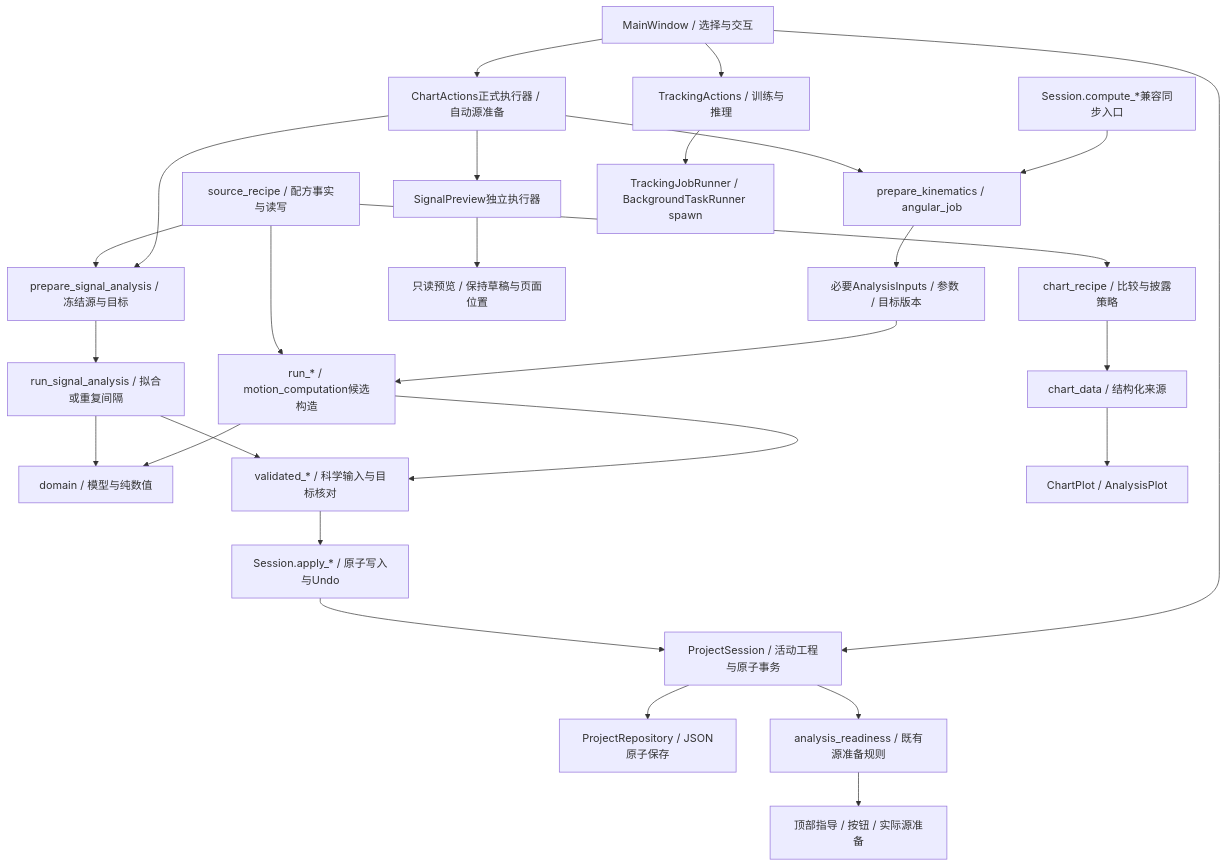
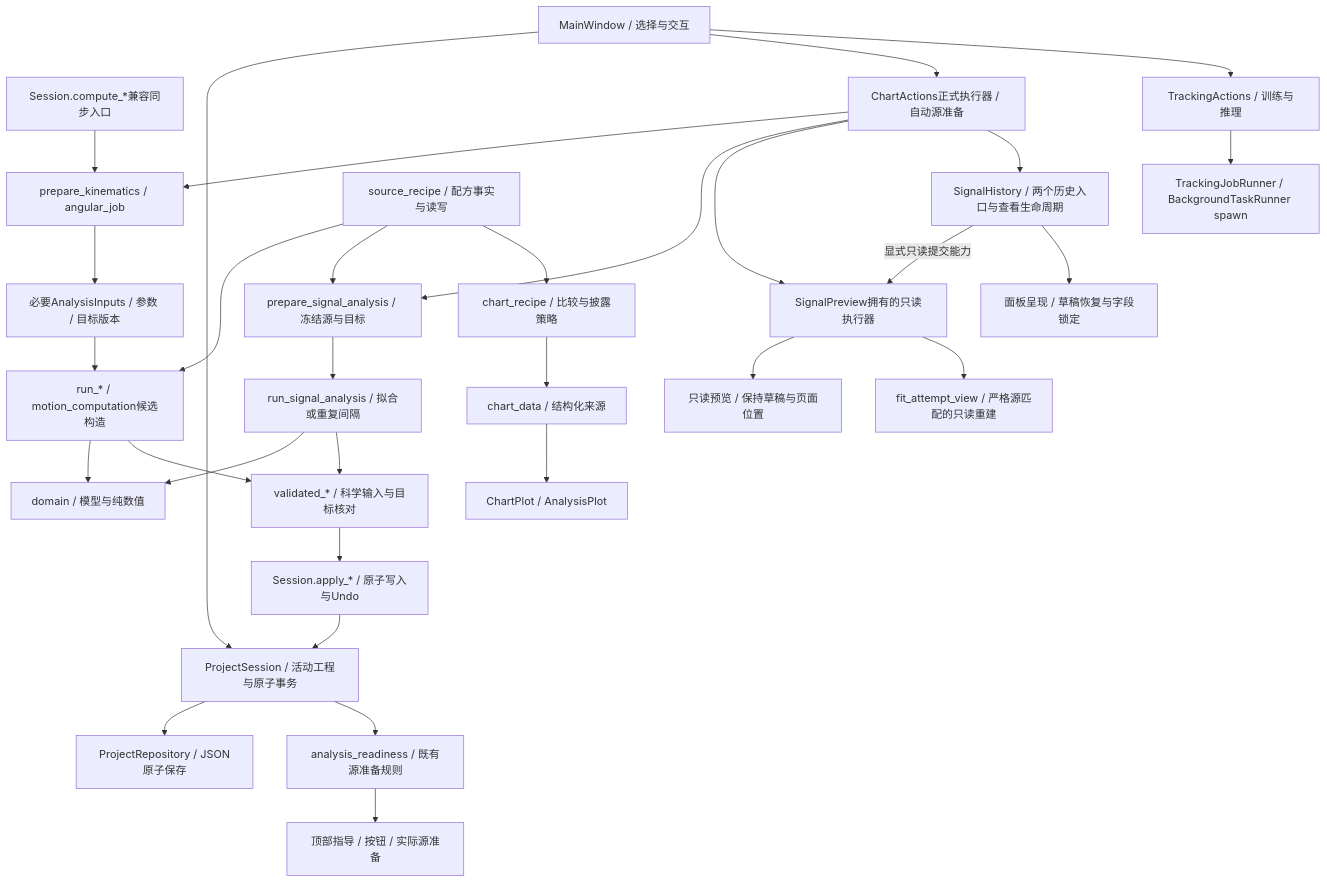
The first of 2 diagrams in docs/architecture.md (KYLeonis/ai-physics-tracker), drawn with Mermaid before and after one commit. The commit also changed other lines of this file and 8 other files, not shown here.

Commit message:
docs: close R08 and sync architecture handoff after human review

````diff
--- a/docs/architecture.md
+++ b/docs/architecture.md
@@ -9,29 +9,33 @@
 ```mermaid
 flowchart TD
     UI[MainWindow / 选择与交互] --> SESSION[ProjectSession / 活动工程与原子事务]
     SESSION --> REPO[ProjectRepository / JSON原子保存]
     SYNC[Session.compute_*兼容同步入口] --> PREP[prepare_kinematics / angular_job]
     UI --> CHART[ChartActions正式执行器 / 自动源准备]
     CHART --> PREP
     PREP --> INPUTS[必要AnalysisInputs / 参数 / 目标版本]
     INPUTS --> RUN[run_* / motion_computation候选构造]
     RUN --> DOMAIN[domain / 模型与纯数值]
     RUN --> CHECK[validated_* / 科学输入与目标核对]
     CHART --> SIGNALPREP[prepare_signal_analysis / 冻结源与目标]
     SIGNALPREP --> SIGNALRUN[run_signal_analysis / 拟合或重复间隔]
     SIGNALRUN --> DOMAIN
     SIGNALRUN --> CHECK
     CHECK --> APPLY[Session.apply_* / 原子写入与Undo]
     APPLY --> SESSION
     FACTS[analysis_readiness / 既有源准备规则] --> GUIDE[顶部指导 / 按钮 / 实际源准备]
     SESSION --> FACTS
-    CHART --> PREVIEW[SignalPreview独立执行器]
+    CHART --> PREVIEW[SignalPreview拥有的只读执行器]
     PREVIEW --> READONLY[只读预览 / 保持草稿与页面位置]
+    CHART --> HISTORY[SignalHistory / 两个历史入口与查看生命周期]
+    HISTORY -->|显式只读提交能力| PREVIEW
+    PREVIEW --> REBUILD[fit_attempt_view / 严格源匹配的只读重建]
+    HISTORY --> HISTORYUI[面板呈现 / 草稿恢复与字段锁定]
     RECIPE[source_recipe / 配方事实与读写] --> RUN
     RECIPE --> SIGNALPREP
     RECIPE --> DISPLAY[chart_recipe / 比较与披露策略]
     DISPLAY --> DATA[chart_data / 结构化来源]
     DATA --> PLOT[ChartPlot / AnalysisPlot]
     UI --> TRACK[TrackingActions / 训练与推理]
     TRACK --> RUNNER[TrackingJobRunner / BackgroundTaskRunner spawn]
 ```
````
